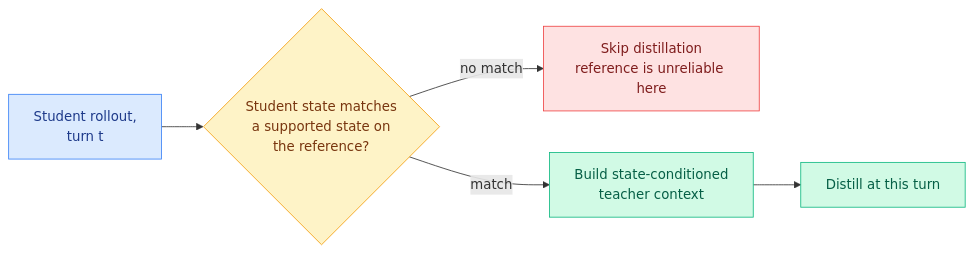
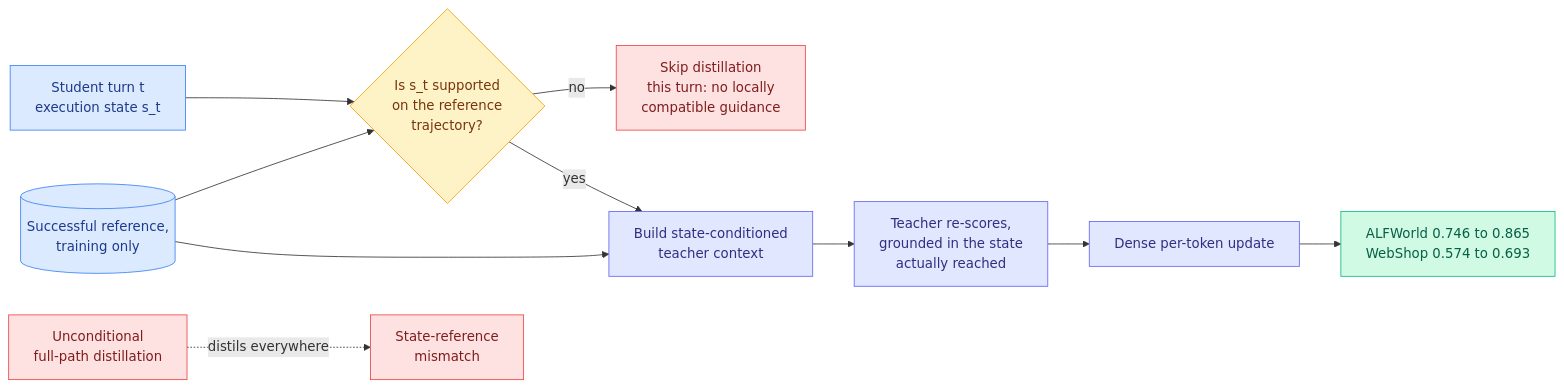
Before and after one commit to bayesiansapien/cere-bro: the third of 8 diagrams in wiki/daily-digest/2026-08/2026-08-10.md, drawn with Mermaid. The commit also changed other lines of this file, not shown here.

````diff
--- a/wiki/daily-digest/2026-08/2026-08-10.md
+++ b/wiki/daily-digest/2026-08/2026-08-10.md
@@ -26,15 +138,22 @@
 ```mermaid
 flowchart LR
-  R[Student rollout,<br/>turn t] --> M{Student state matches<br/>a supported state on<br/>the reference?}
-  M -->|no match| SKIP[Skip distillation<br/>reference is unreliable here]
-  M -->|match| CTX[Build state-conditioned<br/>teacher context]
-  CTX --> D[Distill at this turn]
+  ST[Student turn t<br/>execution state s_t] --> M{Is s_t supported<br/>on the reference<br/>trajectory?}
+  M -->|no| DROP[Skip distillation<br/>this turn: no locally<br/>compatible guidance]
+  M -->|yes| CTX[Build state-conditioned<br/>teacher context]
+  CTX --> TEACH[Teacher re-scores,<br/>grounded in the state<br/>actually reached]
+  TEACH --> UPD[Dense per-token update]
+  REF[(Successful reference,<br/>training only)] --> M
+  REF --> CTX
+  OLD[Unconditional<br/>full-path distillation] -.->|distils everywhere| MIS[State-reference<br/>mismatch]
+  UPD --> R1[ALFWorld 0.746 to 0.865<br/>WebShop 0.574 to 0.693]
   classDef input fill:#dbeafe,stroke:#3b82f6,color:#1e3a8a
   classDef decision fill:#fef3c7,stroke:#f59e0b,color:#78350f
   classDef output fill:#d1fae5,stroke:#10b981,color:#065f46
   classDef warn fill:#fee2e2,stroke:#ef4444,color:#7f1d1d
-  class R input
+  classDef aux fill:#e0e7ff,stroke:#6366f1,color:#312e81
+  class ST,REF input
   class M decision
-  class CTX,D output
-  class SKIP warn
+  class DROP,OLD,MIS warn
+  class CTX,TEACH,UPD aux
+  class R1 output
 ```
````
